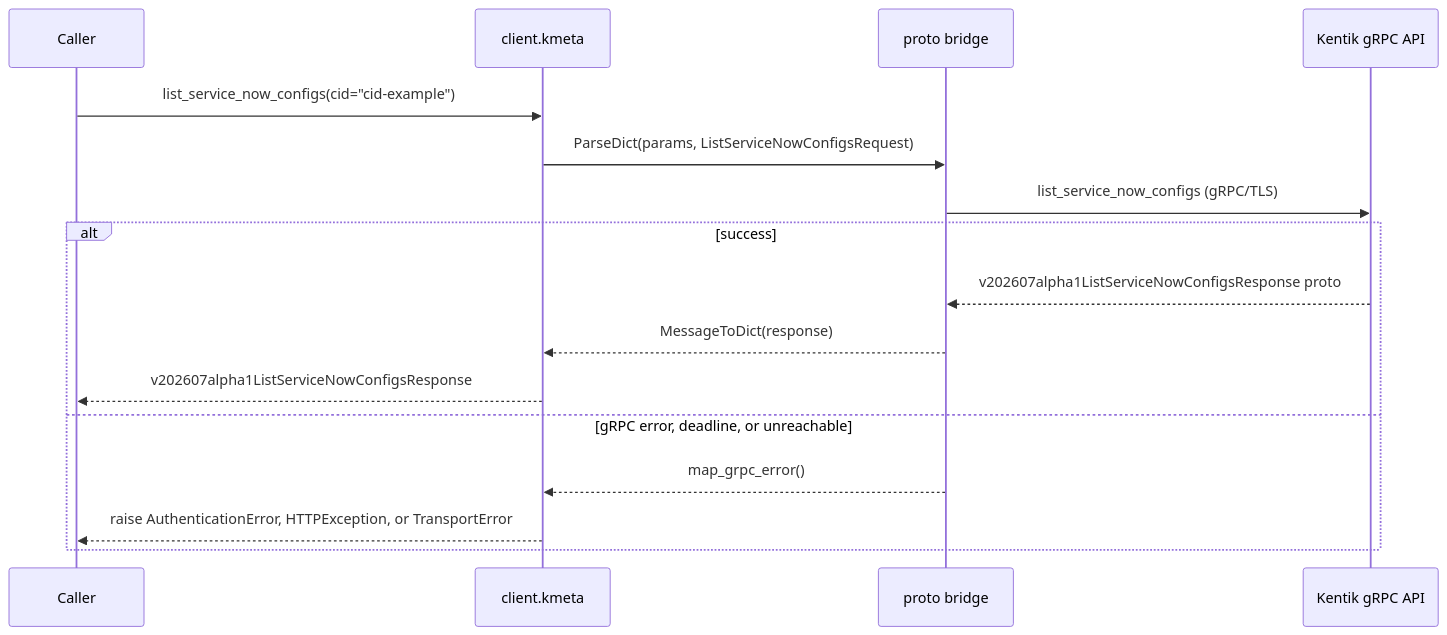
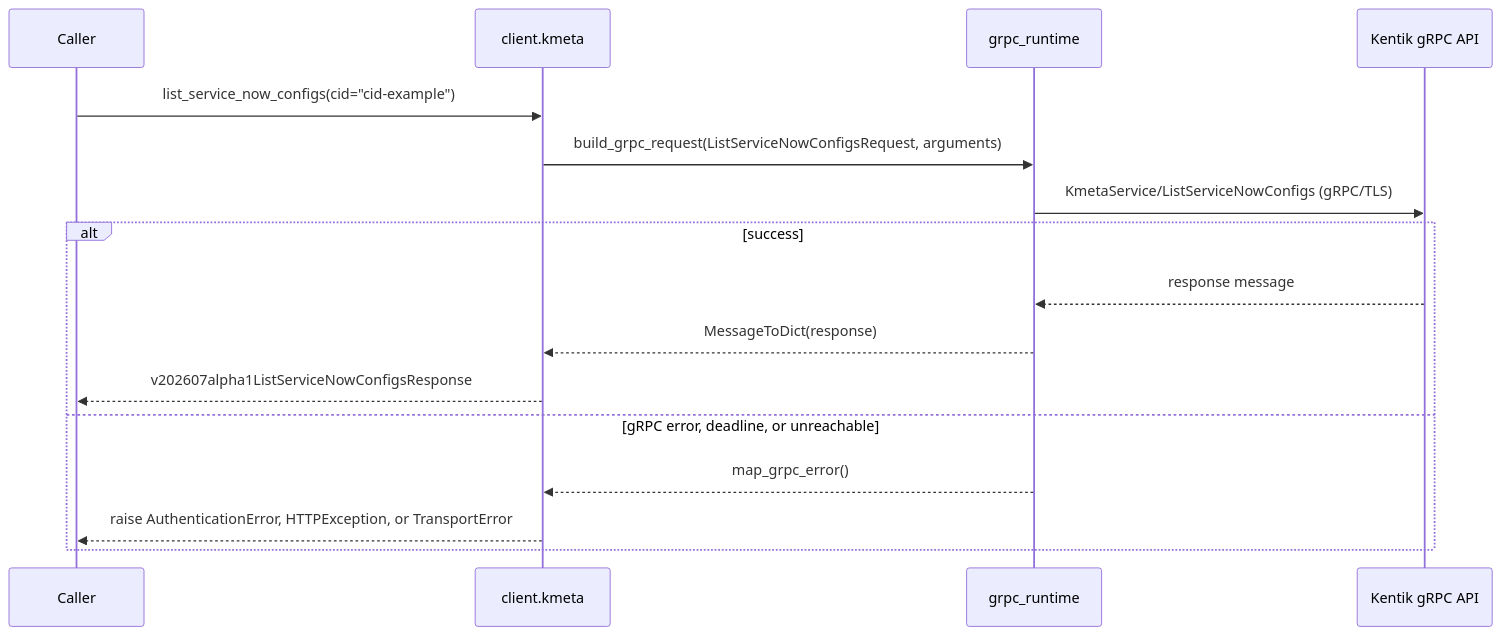
Before and after one commit to alexdearaujo/community_sdk_python: the third of 12 diagrams in docs/sphinx/services/kmeta.md, drawn with Mermaid. The commit also changed other lines of this file and 37 other files, not shown here.

First line of the commit message:
docs: show the real RPC in each service page's gRPC diagram

````diff
--- a/docs/sphinx/services/kmeta.md
+++ b/docs/sphinx/services/kmeta.md
@@ -59,19 +59,19 @@
 ```mermaid
 sequenceDiagram
     participant C as Caller
     participant W as client.kmeta
-    participant B as proto bridge
+    participant R as grpc_runtime
     participant API as Kentik gRPC API
 
     C->>W: list_service_now_configs(cid="cid-example")
-    W->>B: ParseDict(params, ListServiceNowConfigsRequest)
-    B->>API: list_service_now_configs (gRPC/TLS)
+    W->>R: build_grpc_request(ListServiceNowConfigsRequest, arguments)
+    R->>API: KmetaService/ListServiceNowConfigs (gRPC/TLS)
     alt success
-        API-->>B: v202607alpha1ListServiceNowConfigsResponse proto
-        B-->>W: MessageToDict(response)
+        API-->>R: response message
+        R-->>W: MessageToDict(response)
         W-->>C: v202607alpha1ListServiceNowConfigsResponse
     else gRPC error, deadline, or unreachable
-        B-->>W: map_grpc_error()
+        R-->>W: map_grpc_error()
         W-->>C: raise AuthenticationError, HTTPException, or TransportError
     end
 ```
````
